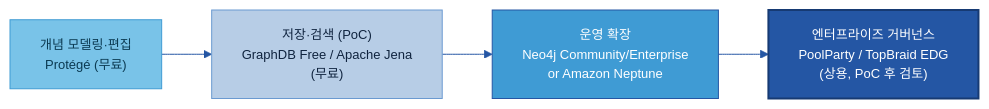
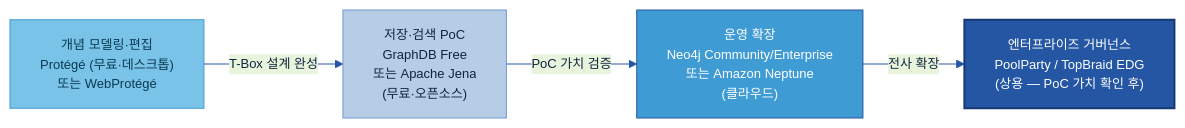
Diagram 12 of 14 in 가이드 작성/B-3 온톨로지/B-3 온톨로지.md (jin-kearney/ai-ready-data-manual), drawn with Mermaid before and after one commit. The commit also changed other lines of this file, not shown here.

````diff
--- a/가이드 작성/B-3 온톨로지/B-3 온톨로지.md
+++ b/가이드 작성/B-3 온톨로지/B-3 온톨로지.md
@@ -1118,14 +1161,17 @@
 ```mermaid
 %%{init: {'theme':'base','themeVariables':{'primaryColor':'#DCE8F5','primaryBorderColor':'#2456A4','primaryTextColor':'#10243f','lineColor':'#2456A4','clusterBkg':'#EEF4FB','clusterBorder':'#6B9AD1','fontSize':'13px'}}}%%
 flowchart LR
-    T1["개념 모델링·편집\nProtégé (무료)"]:::src
-    T2["저장·검색 (PoC)\nGraphDB Free / Apache Jena\n(무료)"]:::n
-    T3["운영 확장\nNeo4j Community/Enterprise\nor Amazon Neptune"]:::gate
-    T4["엔터프라이즈 거버넌스\nPoolParty / TopBraid EDG\n(상용, PoC 후 검토)"]:::cat
-    T1 --> T2 --> T3 --> T4
+    T1["개념 모델링·편집\nProtégé (무료·데스크톱)\n또는 WebProtégé"]:::src
+    T2["저장·검색 PoC\nGraphDB Free\n또는 Apache Jena\n(무료·오픈소스)"]:::n
+    T3["운영 확장\nNeo4j Community/Enterprise\n또는 Amazon Neptune\n(클라우드)"]:::gate
+    T4["엔터프라이즈 거버넌스\nPoolParty / TopBraid EDG\n(상용 — PoC 가치 확인 후)"]:::cat
 
+    T1 -->|"T-Box 설계 완성"| T2
+    T2 -->|"PoC 가치 검증"| T3
+    T3 -->|"전사 확장"| T4
+
+    classDef src fill:#79C3E8,stroke:#3F9BD4,color:#0b3a52;
     classDef n fill:#B7CDE6,stroke:#6B9AD1,color:#10243f;
-    classDef src fill:#79C3E8,stroke:#3F9BD4,color:#0b3a52;
     classDef gate fill:#3F9BD4,stroke:#2456A4,color:#fff;
     classDef cat fill:#2456A4,color:#fff,stroke:#163a73,stroke-width:2px;
 ```
````
